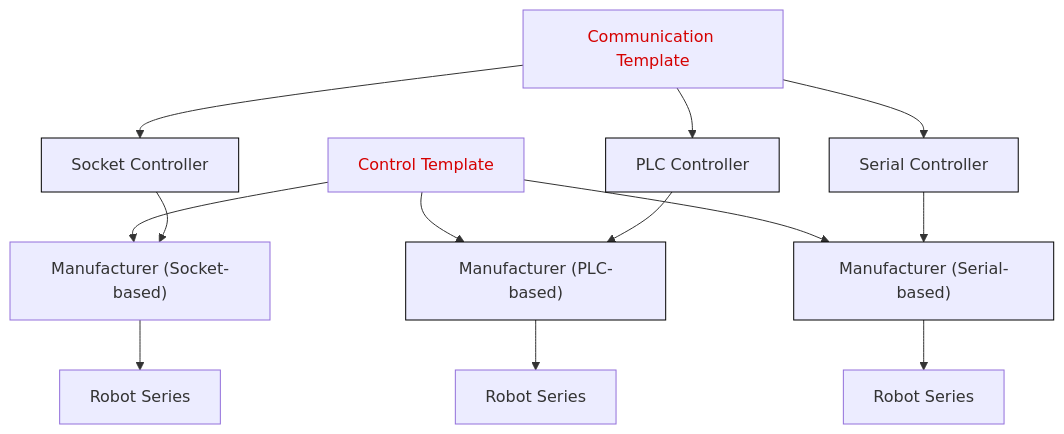
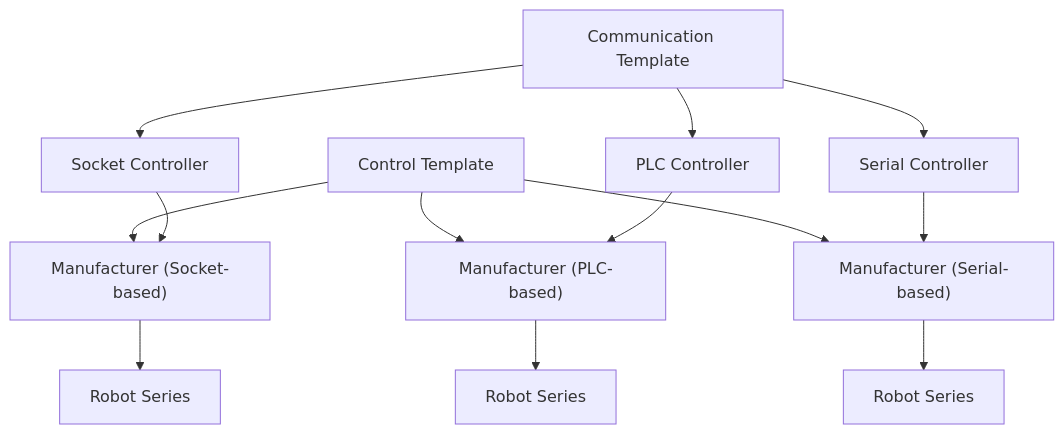
One commit to MGross21/armctl changed the diagram in README.md. Above: the diagram before and after it, drawn with Mermaid. The commit also changed other lines of this file and 1 other file, not shown here.

````diff
--- a/README.md
+++ b/README.md
@@ -168,18 +168,11 @@
 ```mermaid
 flowchart TD
     CommTemplate["Communication Template"] --> SocketController["Socket Controller"] & PLCController["PLC Controller"] & SerialController["Serial Controller"]
     CtrlTemplate["Control Template"] --> Manufacturer1["Manufacturer (Socket-based)"] & Manufacturer2["Manufacturer (PLC-based)"] & Manufacturer3["Manufacturer (Serial-based)"]
     SocketController --> Manufacturer1
     PLCController --> Manufacturer2
     SerialController --> Manufacturer3
     Manufacturer2 --> Series2["Robot Series"]
     Manufacturer3 --> Series3["Robot Series"]
     Manufacturer1 --> n3["Robot Series"]
-    style CommTemplate color:#D50000
-    style SocketController stroke:#000000
-    style PLCController stroke:#000000
-    style SerialController stroke:#000000
-    style CtrlTemplate color:#D50000
-    style Manufacturer2 stroke:#000000
-    style Manufacturer3 stroke:#000000
 ```
````
